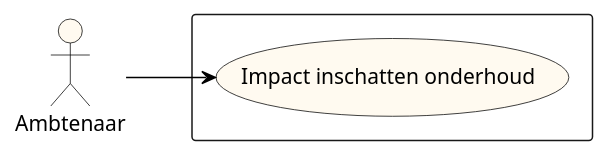
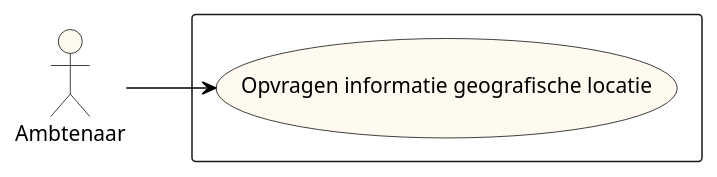
One commit to Staijn1/DMP changed the diagram in Models/usecase.puml. Above: the diagram before and after it, drawn with PlantUML. The commit also changed 10 other files, not shown here.

```diff
--- a/Models/usecase.puml
+++ b/Models/usecase.puml
@@ -1,24 +1,24 @@
 @startuml
 left to right direction
 
 skinparam usecase {
   BackgroundColor FloralWhite
   BorderColor Black
   ArrowColor Black
 }
 
 
 skinparam actor {
   BackgroundColor FloralWhite
   BorderColor Black
   ArrowColor Black
 }
 
 actor Ambtenaar as a
 
 rectangle  {
-  usecase "Impact inschatten onderhoud" as UC1
+  usecase "Opvragen informatie geografische locatie" as UC1
 }
 
 a --> UC1
 @enduml
```
